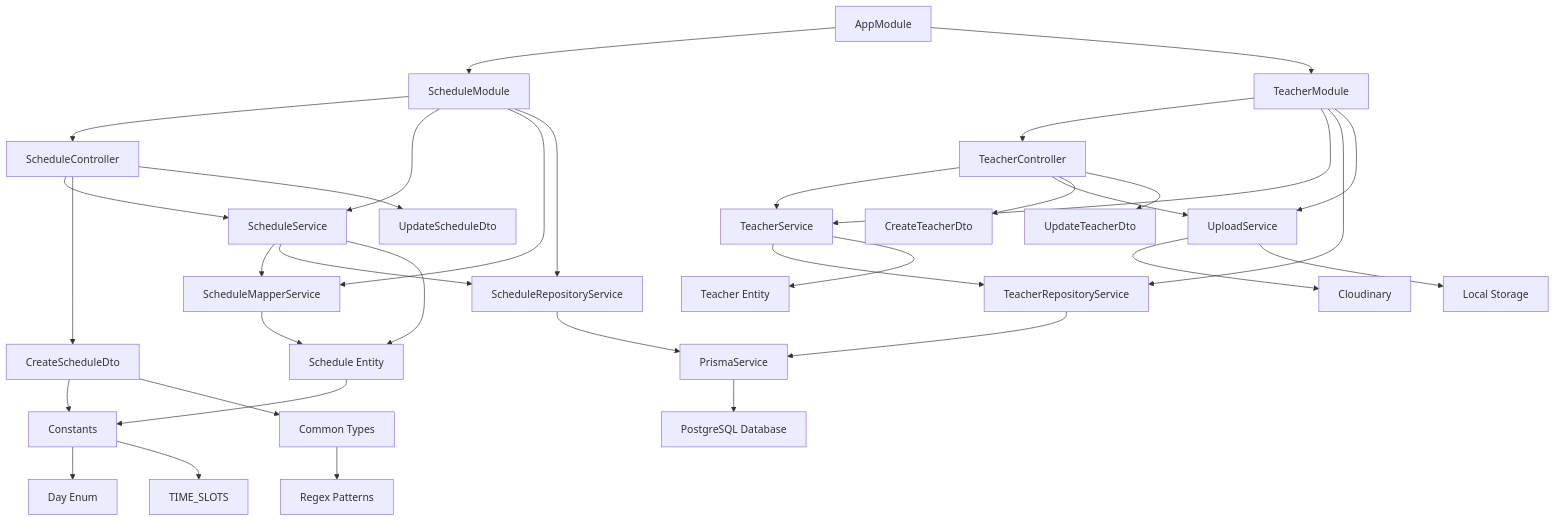
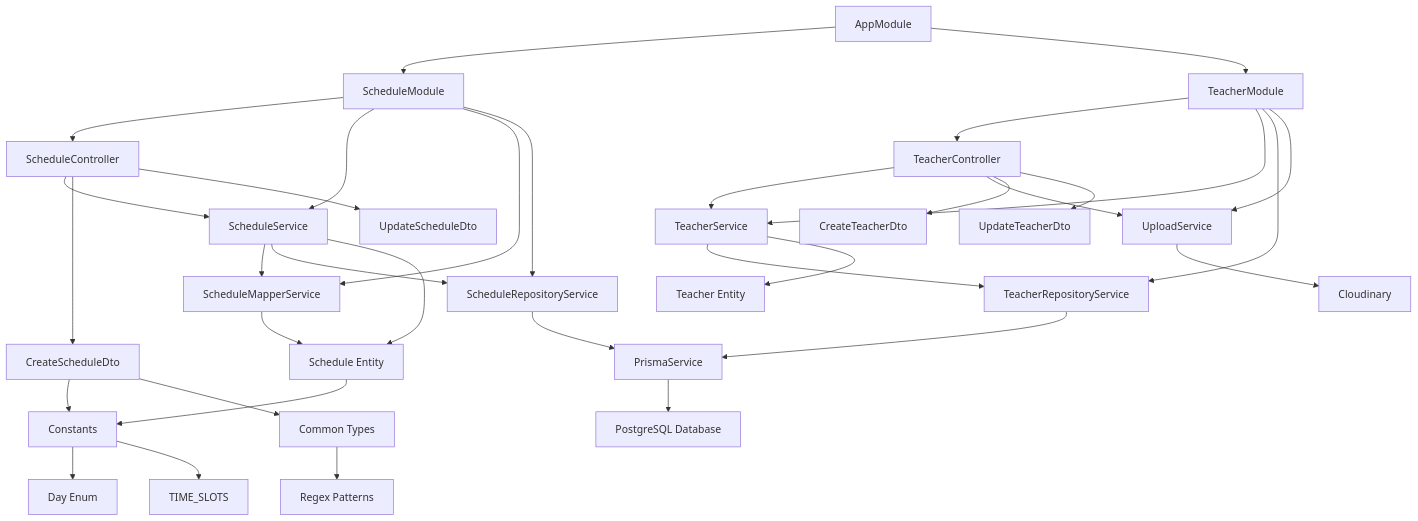
One commit to Joselay/jose-backend changed the diagram in .cursor/memory-bank/systemPatterns.md. Above: the diagram before and after it, drawn with Mermaid. The commit also changed other lines of this file and 11 other files, not shown here.

````diff
--- a/.cursor/memory-bank/systemPatterns.md
+++ b/.cursor/memory-bank/systemPatterns.md
@@ -138,47 +130,46 @@
 ```mermaid
 graph TD
     A[AppModule] --> B[ScheduleModule]
     A --> T[TeacherModule]
 
     B --> C[ScheduleController]
     B --> D[ScheduleService]
     B --> M[ScheduleMapperService]
     B --> N[ScheduleRepositoryService]
 
     T --> TC[TeacherController]
     T --> TS[TeacherService]
     T --> TR[TeacherRepositoryService]
     T --> US[UploadService]
 
     C --> D
     D --> M
     D --> N
 
     TC --> TS
     TC --> US
     TS --> TR
 
     N --> E[PrismaService]
     TR --> E
     E --> F[PostgreSQL Database]
 
     C --> G[CreateScheduleDto]
     C --> H[UpdateScheduleDto]
 
     TC --> TCD[CreateTeacherDto]
     TC --> TUD[UpdateTeacherDto]
 
     D --> I[Schedule Entity]
     TS --> TE[Teacher Entity]
 
     M --> I
     G --> J[Constants]
     I --> J
     J --> K[Day Enum]
     J --> L[TIME_SLOTS]
     G --> O[Common Types]
     O --> P[Regex Patterns]
 
     US --> CL[Cloudinary]
-    US --> LS[Local Storage]
 ```
````
